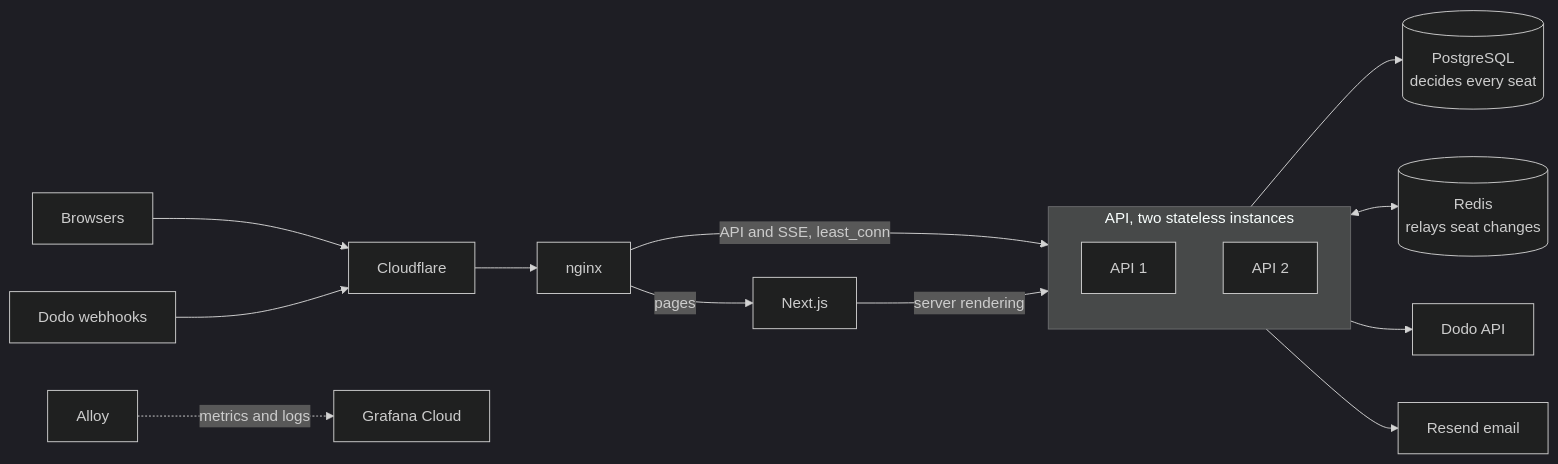
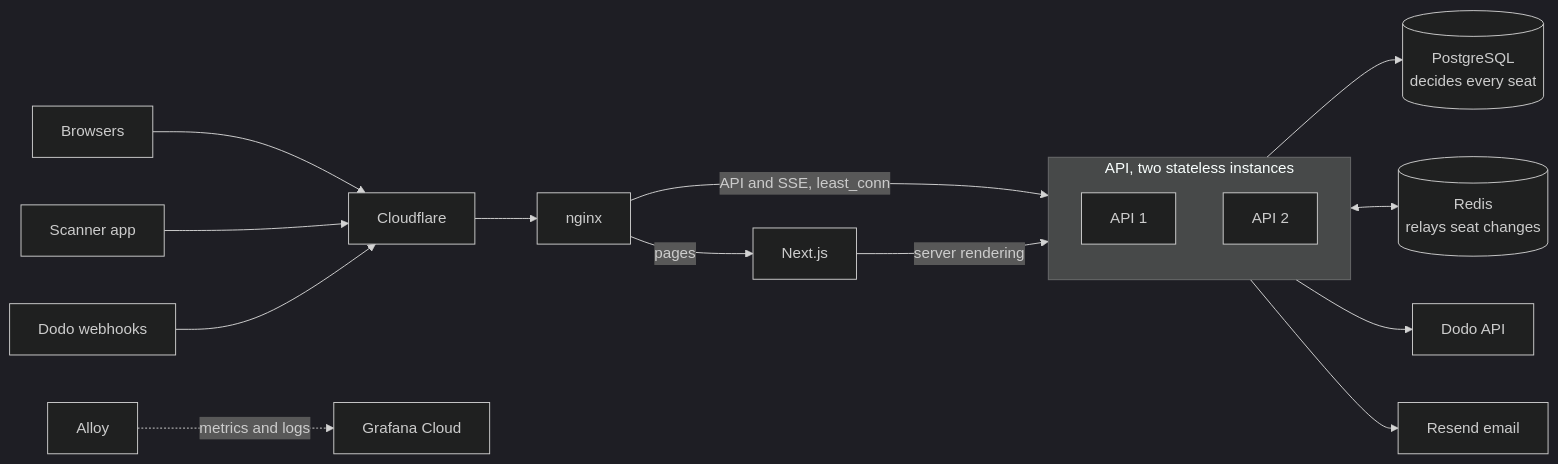
The first of 3 diagrams in README.md (Navraj86/gatepass), drawn with Mermaid (dark theme) before and after one commit. The commit also changed other lines of this file and 22 other files, not shown here.

````diff
--- a/README.md
+++ b/README.md
@@ -60,18 +60,19 @@
 ```mermaid
 flowchart LR
   B[Browsers] --> CF[Cloudflare]
+  M[Scanner app] --> CF
   D[Dodo webhooks] --> CF
   CF --> N[nginx]
   N -- pages --> W[Next.js]
   N -- "API and SSE, least_conn" --> API
   W -- server rendering --> API
   subgraph API ["API, two stateless instances"]
     A1[API 1]
     A2[API 2]
   end
   API --> PG[("PostgreSQL<br/>decides every seat")]
   API <--> R[("Redis<br/>relays seat changes")]
   API --> DP[Dodo API]
   API --> E[Resend email]
   AL[Alloy] -. metrics and logs .-> GC[Grafana Cloud]
 ```
````
